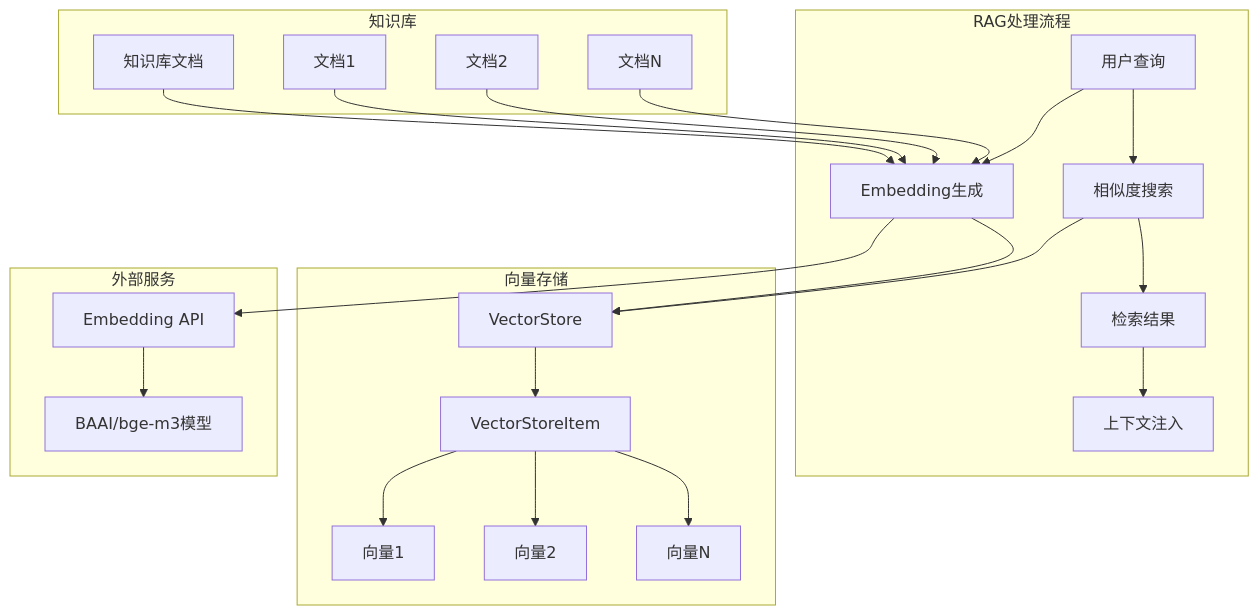
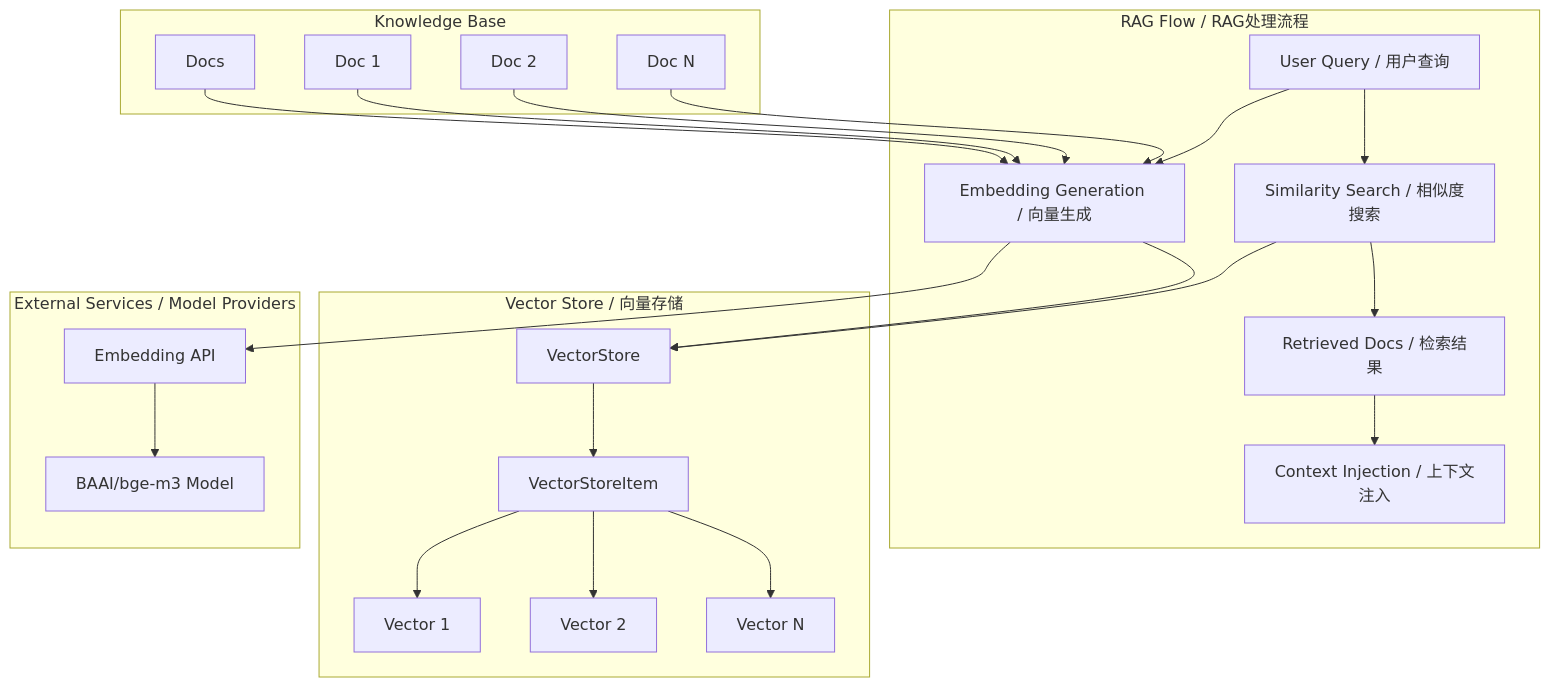
Before and after one commit to NEDONION/llm-mcp-rag-typescript: the third of 5 diagrams in architecture-diagram.md, drawn with Mermaid. The commit also changed other lines of this file and 1 other file, not shown here.

````diff
--- a/architecture-diagram.md
+++ b/architecture-diagram.md
@@ -119,50 +114,50 @@
 ```mermaid
 graph TB
-    subgraph "RAG处理流程"
-        Q[用户查询]
-        E[Embedding生成]
-        S[相似度搜索]
-        R[检索结果]
-        C[上下文注入]
+    subgraph "RAG Flow / RAG处理流程"
+        Q[User Query / 用户查询]
+        E[Embedding Generation / 向量生成]
+        S[Similarity Search / 相似度搜索]
+        R[Retrieved Docs / 检索结果]
+        C[Context Injection / 上下文注入]
     end
     
-    subgraph "向量存储"
+    subgraph "Vector Store / 向量存储"
         VS[VectorStore]
         VI[VectorStoreItem]
-        V1[向量1]
-        V2[向量2]
-        VN[向量N]
+        V1[Vector 1]
+        V2[Vector 2]
+        VN[Vector N]
     end
     
-    subgraph "知识库"
-        KB[知识库文档]
-        K1[文档1]
-        K2[文档2]
-        KN[文档N]
+    subgraph "Knowledge Base"
+        KB[Docs]
+        K1[Doc 1]
+        K2[Doc 2]
+        KN[Doc N]
     end
     
-    subgraph "外部服务"
+    subgraph "External Services / Model Providers"
         EM[Embedding API]
-        BGE[BAAI/bge-m3模型]
+        BGE[BAAI/bge-m3 Model]
     end
     
     Q --> E
     E --> EM
     EM --> BGE
     
     KB --> E
     K1 --> E
     K2 --> E
     KN --> E
     
     E --> VS
     VS --> VI
     VI --> V1
     VI --> V2
     VI --> VN
     
     Q --> S
     S --> VS
     S --> R
     R --> C
 ```
````
